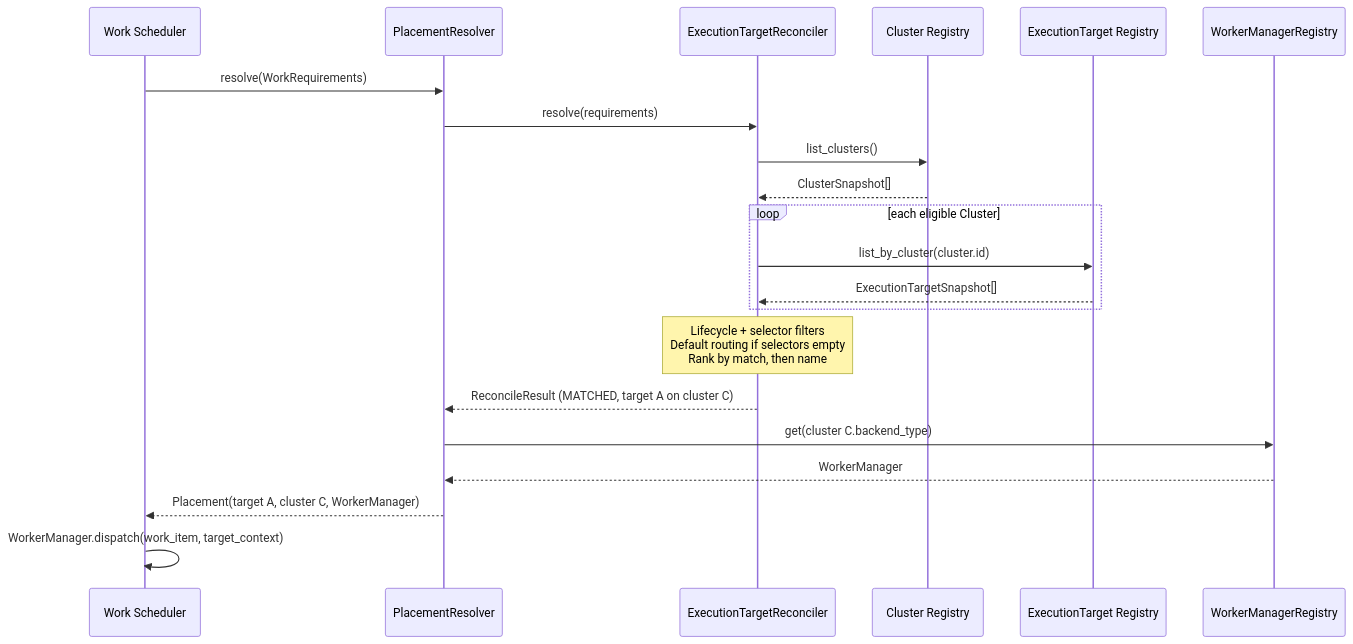
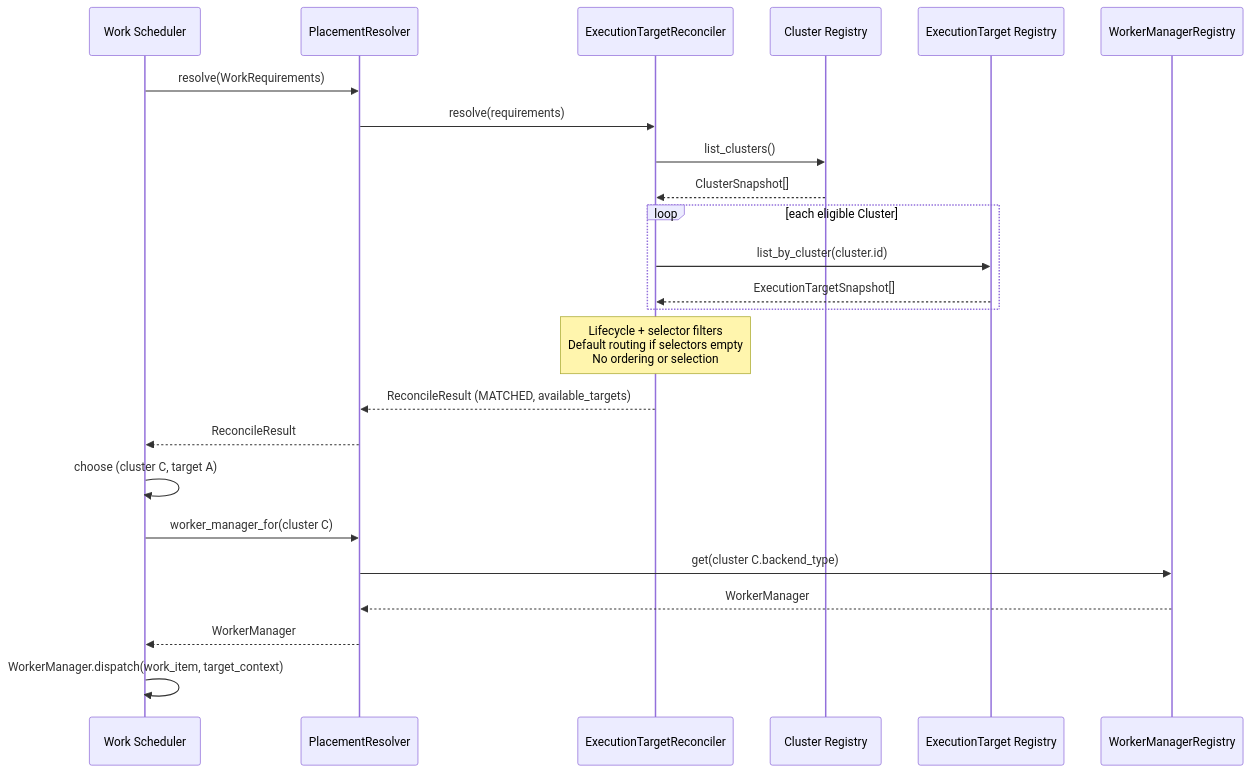
One commit to syntara-orchestration/syntara changed the second of 3 diagrams in backend/docs/execution-plane/pool-reconciler.md. Above: the diagram before and after it, drawn with Mermaid. The commit also changed other lines of this file, not shown here.

First line of the commit message:
docs(AAP-92721): drop reconciler-side target ordering

````diff
--- a/backend/docs/execution-plane/pool-reconciler.md
+++ b/backend/docs/execution-plane/pool-reconciler.md
@@ -472,24 +472,27 @@
 ```mermaid
 sequenceDiagram
     participant S as Work Scheduler
     participant PR as PlacementResolver
     participant R as ExecutionTargetReconciler
     participant CR as Cluster Registry
     participant TR as ExecutionTarget Registry
     participant WM as WorkerManagerRegistry
 
     S->>PR: resolve(WorkRequirements)
     PR->>R: resolve(requirements)
     R->>CR: list_clusters()
     CR-->>R: ClusterSnapshot[]
     loop each eligible Cluster
         R->>TR: list_by_cluster(cluster.id)
         TR-->>R: ExecutionTargetSnapshot[]
     end
-    Note over R: Lifecycle + selector filters<br/>Default routing if selectors empty<br/>Rank by match, then name
-    R-->>PR: ReconcileResult (MATCHED, target A on cluster C)
+    Note over R: Lifecycle + selector filters<br/>Default routing if selectors empty<br/>No ordering or selection
+    R-->>PR: ReconcileResult (MATCHED, available_targets)
+    PR-->>S: ReconcileResult
+    S->>S: choose (cluster C, target A)
+    S->>PR: worker_manager_for(cluster C)
     PR->>WM: get(cluster C.backend_type)
     WM-->>PR: WorkerManager
-    PR-->>S: Placement(target A, cluster C, WorkerManager)
+    PR-->>S: WorkerManager
     S->>S: WorkerManager.dispatch(work_item, target_context)
 ```
````
